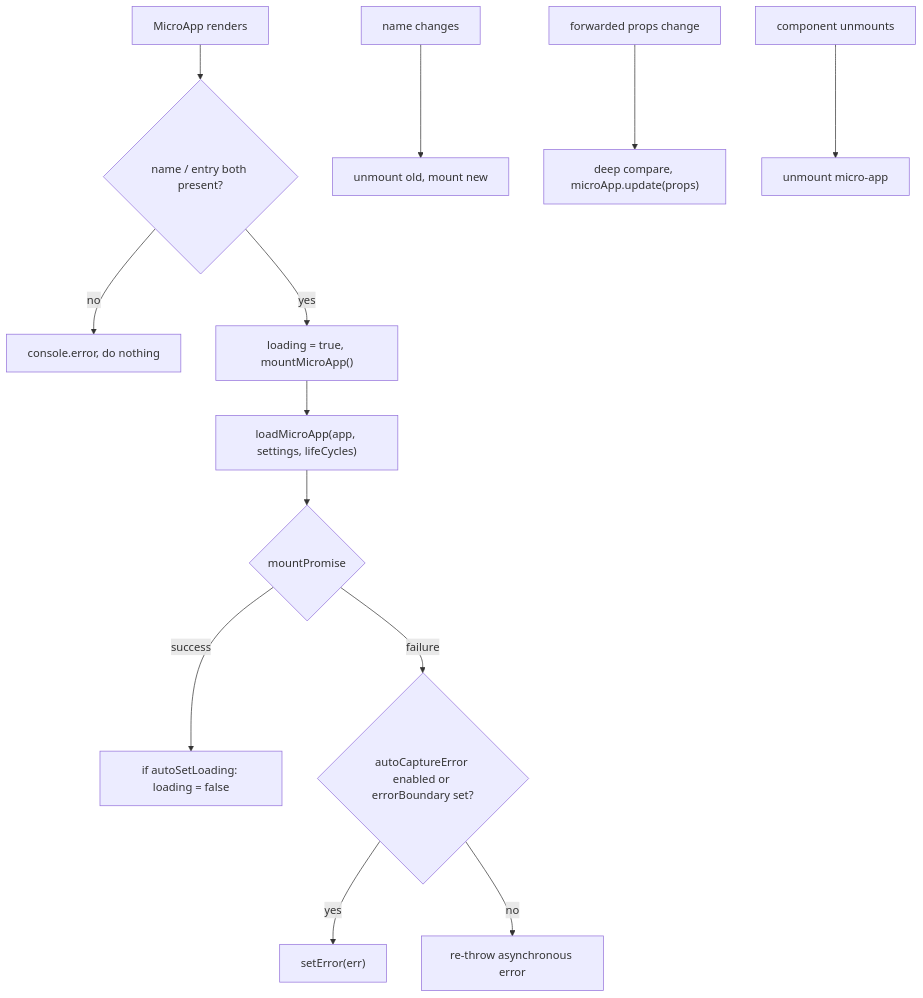
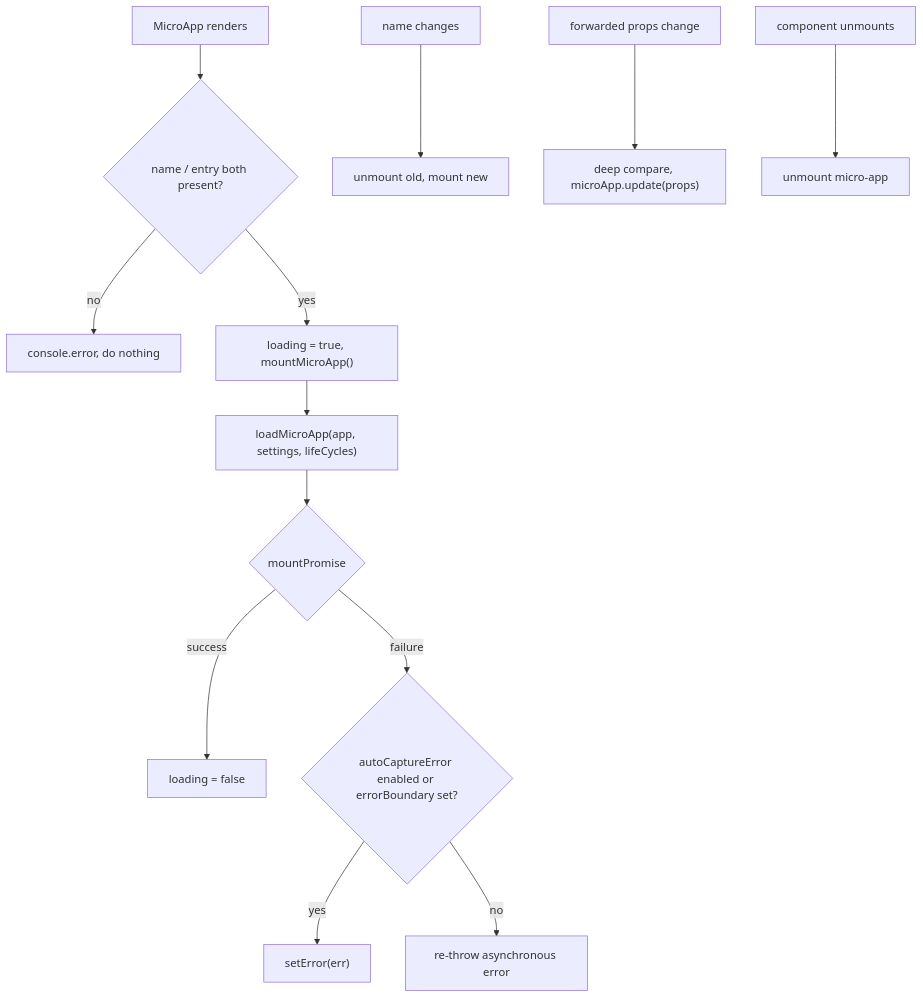
The diagram in docs/ecosystem/react.md (umijs/qiankun), drawn with Mermaid before and after one commit. The commit also changed other lines of this file and 47 other files, not shown here.

````diff
--- a/docs/ecosystem/react.md
+++ b/docs/ecosystem/react.md
@@ -265,15 +264,15 @@
 ```mermaid
 flowchart TD
   A[MicroApp renders] --> B{name / entry both present?}
   B -- no --> B0[console.error, do nothing]
   B -- yes --> C["loading = true, mountMicroApp()"]
   C --> D["loadMicroApp(app, settings, lifeCycles)"]
   D --> E{mountPromise}
-  E -- success --> F["if autoSetLoading: loading = false"]
+  E -- success --> F["loading = false"]
   E -- failure --> G{autoCaptureError enabled or errorBoundary set?}
   G -- yes --> H["setError(err)"]
   G -- no --> I["re-throw asynchronous error"]
   J[name changes] --> K[unmount old, mount new]
   L[forwarded props change] --> M["deep compare, microApp.update(props)"]
   N[component unmounts] --> O[unmount micro-app]
 ```
````
